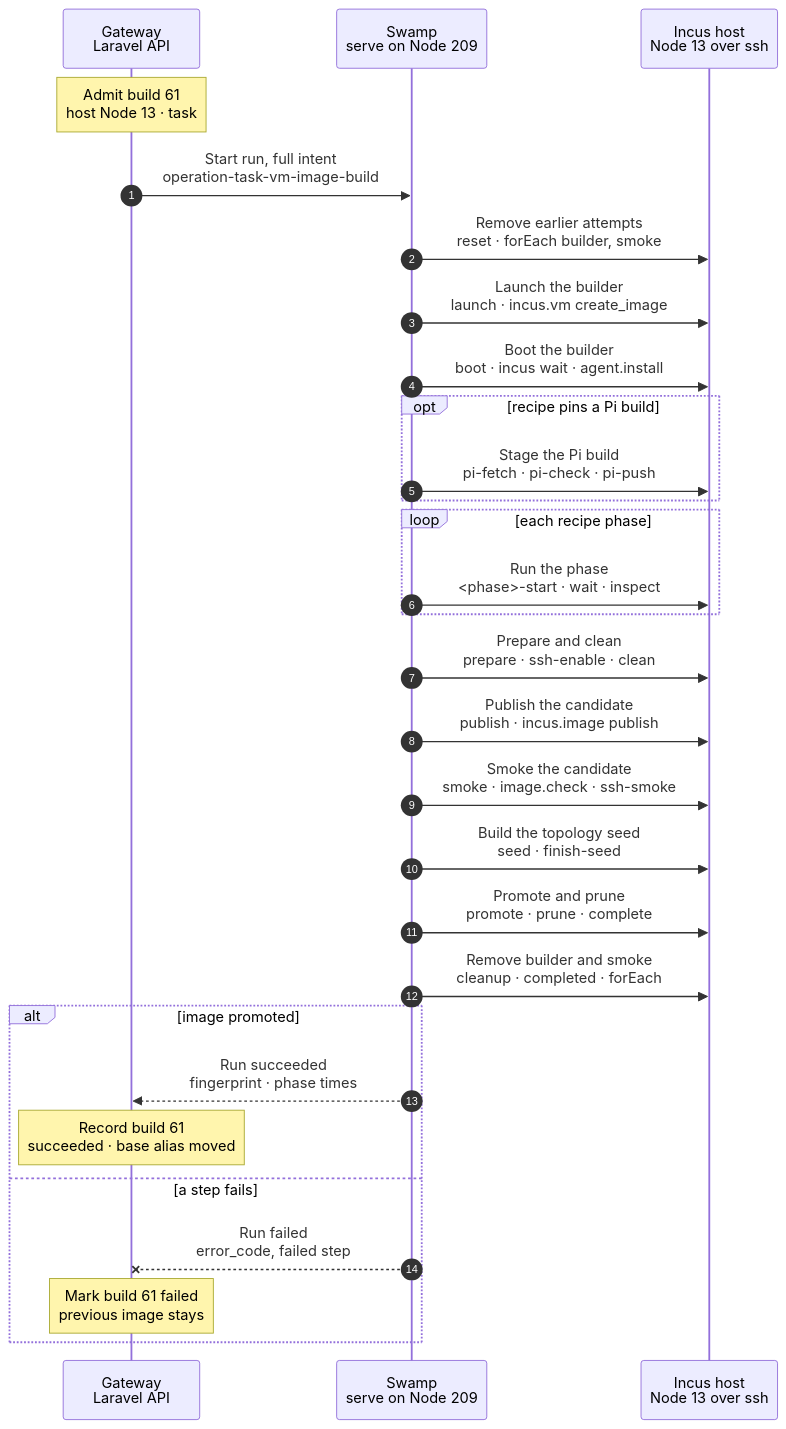
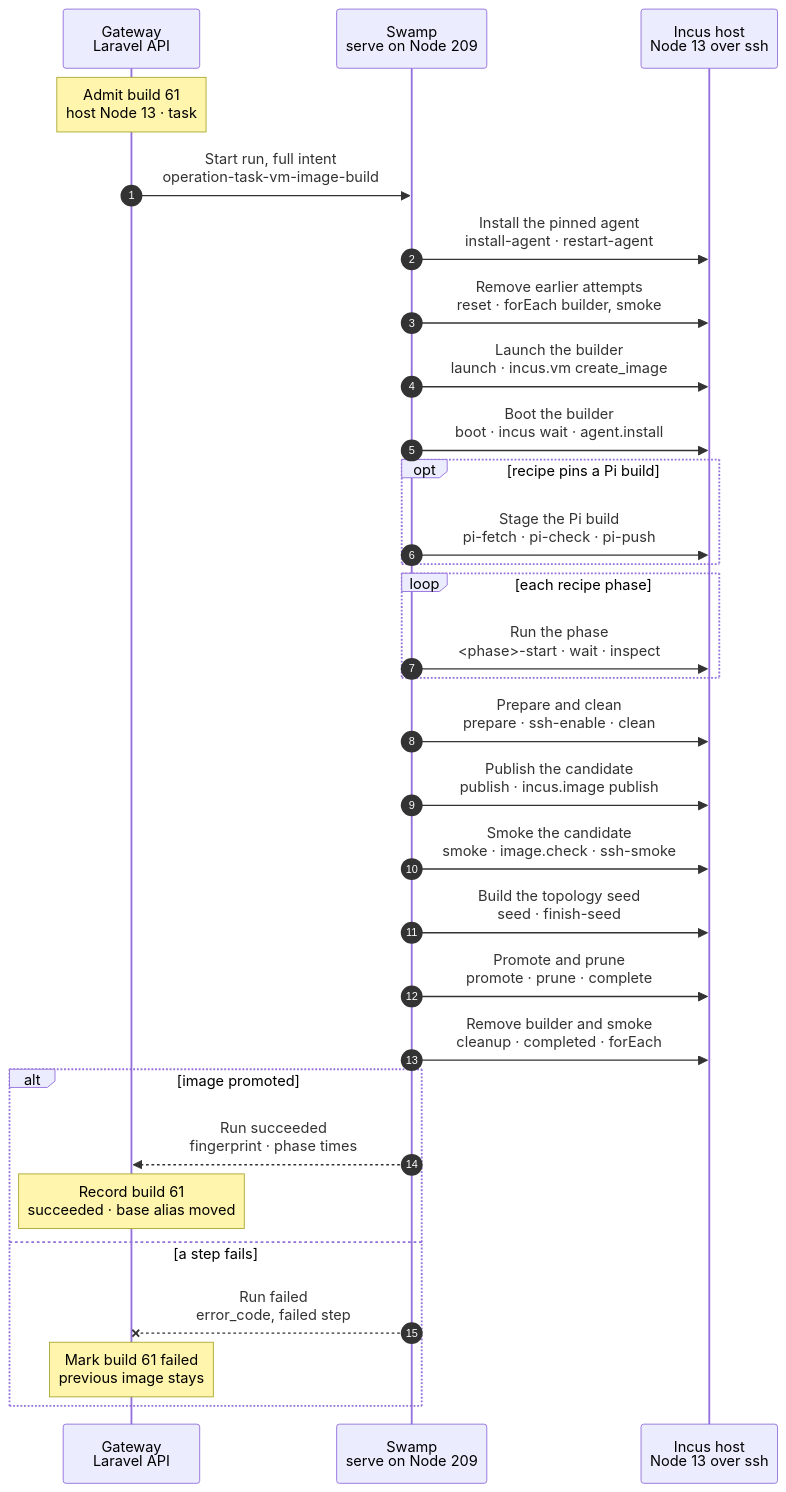
Before and after one commit to hardimpactdev/orbit: the diagram in docs/cli/tasks/vm-image-build.mmd, drawn with Mermaid. The commit also changed 7 other files, not shown here.

First line of the commit message:
fix(task-vms): image builds install the release-pinned agent on the build host first

```diff
--- a/docs/cli/tasks/vm-image-build.mmd
+++ b/docs/cli/tasks/vm-image-build.mmd
@@ -1,117 +1,123 @@
 sequenceDiagram
   %% Target design: swamp/workflows/workflow-operation-task-vm-image-build.yaml, docs/reference/compute-drivers.md#build-the-base-image and #the-topology-seed, docs/cli/README.md design rules R2-R4.
   %% Kept: rule 14 and 16 do not apply: `orbit-agent command` exits 0 and prints `{ok:false}` on a refusal (apps/agent/src/command/mod.rs), so each agent call keeps a typed reply check; `image.start-phase` returns no main PID (Observation in apps/agent/src/commands/image_recipe/lifecycle.rs), so the PID is one `systemctl show` read.
   %% Tightened: flow-tighten 2026-11-02, rules 15 (no `plan` step), 6 (boot, prepare, smoke merges), 8 (owner check before the phases), 18 (reset and cleanup as one forEach; Pi staging beside boot), 19 (cleanup on completed), 22 (each Node action one `@swamp/ssh exec` argv).
   %% status: draft
   %% command: none · recipe image build for an Incus host
   %% kind: task_vm.image_build
   autonumber
   %% lane GW icon=gateway pill=intent tone=blue
   %% lane SW icon=workflow pill=executes tone=green
   %% lane H icon=server pill=target tone=amber
   participant GW as Gateway<br/>Laravel API
   participant SW as Swamp<br/>serve on Node 209
   participant H as Incus host<br/>Node 13 over ssh
   Note over GW: Admit build 61<br/>host Node 13 · task #5182
   %%> Started by:
   %%> - `php artisan task-vms:build-recipe` (also `--retry`, `--rebuild`), `task-vms:build-image 13`, the release handoff, or the per-minute recipe reconcile
   %%> Requirements:
   %%> - Node 13 is an active task VM host in `settings.task_vms`, and its recipe is the desired one
   %%> - the agent pin matches the Gateway delivery, else the build refuses before any step
   %%> Result:
   %%> - build 61 recorded as running; the full intent holds the recipe document, identity, project, pool, builder and smoke names, SSH target with host keys, and every agent envelope
   GW->>SW: Start run, full intent<br/>operation-task-vm-image-build
   %%> Inputs:
   %%> - `operation_id`, `node_id` 13, `kind`, and the full public `intent`; there is no secret, so `execution_secrets` is empty
   %%> Why:
   %%> - the Gateway computes each agent envelope `{agent_sha256, deadline_ms, input}` at admission, so no `plan` step re-reads the intent (rule 15)
   %%> Budget:
   %%> - 2,400 seconds; `queueTimeout` 30 seconds
+  SW->>H: Install the pinned agent<br/>install-agent · restart-agent
+  %%> What it does:
+  %%> - `@swamp/cfgmgmt/fetch` downloads the release's agent build from `intent.agent_url` to `/usr/local/bin/orbit-agent`, root-owned, mode 0755, and checks `sha256:<agent_sha256>`
+  %%> - one `@swamp/ssh exec` argv `systemctl try-restart orbit-agent.service` restarts the observer when it runs
+  %%> Why:
+  %%> - every later agent call carries the release pin; without this step a pin move fails each call with `agent.version_mismatch`
   SW->>H: Remove earlier attempts<br/>reset · forEach builder, smoke
   %%> What it does:
   %%> - one `forEach` over `tvm-image-61` and `tvm-image-61-smoke`; each item runs `sudo -n -- orbit-agent command incus.vm` with `remove_instance`
   %%> - an absent VM counts as removed, so a fresh build passes at once
   %%> Why:
   %%> - a resumed or retried attempt may find its own VMs from before
   SW->>H: Launch the builder<br/>launch · incus.vm create_image
   %%> What it does:
   %%> - `incus.vm` `create_image` from the stock source image, with the account key, resource limits and builder account mode
   %%> - the agent renders cloud-init, attaches the configuration disk and removes the NoCloud seed templates before the first start
   SW->>H: Boot the builder<br/>boot · incus wait · agent.install
   %%> How:
   %%> - `incus wait tvm-image-61 agent --timeout 600`, then `cloud-init status --wait` in the guest
   %%> - `incus file push --mode 0700` of the host's pinned agent; the guest's `agent.install` checks it against the pin
   %%> - `guest.cloud-init` reports readiness, `image.inspect-phase` records the boot id, `image.owner` checks UID and GID 1000
   %%> Why:
   %%> - the owner check moves here from after the phases, so a taken UID fails before any package installs (rule 8)
   %%> On failure:
   %%> - a failed agent wait is `task_vm.bootstrap_timeout`, another boot step `task_vm.bootstrap_failed`
   opt recipe pins a Pi build
     SW->>H: Stage the Pi build<br/>pi-fetch · pi-check · pi-push
     %%> How:
     %%> - `@swamp/ssh copy` of the pinned binary from the Gateway Node to 209, `sha256sum -c` against its pin, copy to Node 13, then `incus file push --mode 0600` to `/var/cache/orbit/pi/<sha256>.bin`
     %%> - fetch and check run beside the builder boot; only the push waits for it (rule 18)
     %%> When:
     %%> - skipped by `guard` when the recipe has no Pi build
   end
   loop each recipe phase
     SW->>H: Run the phase<br/><phase>-start · wait · inspect
     %%> Phases:
     %%> - `apt-source`, `packages`, `javascript`, `rust`, `agent`, `pi`, in this order
     %%> How:
     %%> - `image.start-phase` starts or observes the guest's bounded systemd service; one `systemctl show --property=MainPID` read gives its main PID
     %%> - `timeout 1500 tail --pid=PID -f /dev/null` waits; a `guard` skips it when the phase already ended
     %%> - `image.inspect-phase` must report `complete` for the same boot id
     %%> Reply checks:
     %%> - the agent exits 0 and prints `{ok:false}` on a refusal, so a typed reply step on 209 fails with the agent's own error code
   end
   SW->>H: Prepare and clean<br/>prepare · ssh-enable · clean
   %%> What it does:
   %%> - `image.recipe-marker`, `image.boot`, `systemctl enable ssh.service`, the Orbit root CA in the trust store, then `image.clean`
   %%> - `image.clean` removes machine, SSH, Incus and service identities and refuses an enrolled guest
   %%> Why:
   %%> - one action that readies the guest for publication; the separate metadata and marker steps merge (rule 6)
   SW->>H: Publish the candidate<br/>publish · incus.image publish
   %%> What it does:
   %%> - `incus.image` stops and publishes the builder, then promotes the immutable candidate alias
   %%> Returns:
   %%> - the published fingerprint; 209 decodes it in TypeScript into the seed and promote envelopes
   SW->>H: Smoke the candidate<br/>smoke · image.check · ssh-smoke
   %%> How:
   %%> - removes the builder, launches `tvm-image-61-smoke` from the candidate, boots it as in step 4
   %%> - `image.verify` checks the recipe software, `image.check` the account, key and lean boot, and `systemctl is-active ssh.service`
   %%> Result:
   %%> - a failed smoke check stops the build before promotion
   SW->>H: Build the topology seed<br/>seed · finish-seed
   %%> How:
   %%> - `incus.build-topology-seed` builds `orbit-topology-seed-<12 hex>-new` inside the smoke VM
   %%> - deletes the smoke VM, then `incus.volume` renames the seed to its final name
   %%> When:
   %%> - a finished seed already present builds nothing
   SW->>H: Promote and prune<br/>promote · prune · complete
   %%> What it does:
   %%> - `incus.image` moves the host's base alias to the candidate, then prunes old recipe images and their seeds
   %%> End check:
   %%> - the native `assert` step `complete` checks the 64-hex fingerprint and the prune reply; this is the one end check (rule 9)
   SW->>H: Remove builder and smoke<br/>cleanup · completed · forEach
   %%> What it does:
   %%> - one `forEach` runs `incus.vm` `remove_instance` for the builder and the smoke VM, then removes the staged Pi copies on 209 and Node 13
   %%> When:
   %%> - always, with the condition `completed`: after success, failure or a cancel request (rule 19)
   %%> On failure:
   %%> - `task_vm.image_cleanup_failed`
   alt image promoted
     SW-->>GW: Run succeeded<br/>fingerprint · phase times
     %%> Returns:
     %%> - step statuses, the published fingerprint, and each phase's start and end
     Note over GW: Record build 61<br/>succeeded · base alias moved
     %%> Result:
     %%> - the build row stores the image location; new task VMs on Node 13 claim it
   else a step fails
     SW--xGW: Run failed<br/>error_code, failed step
     %%> Result:
     %%> - a refused agent reply keeps its own code; other steps map to `task_vm.image_build_failed`
     Note over GW: Mark build 61 failed<br/>previous image stays
     %%> Result:
     %%> - the promoted image stays in service; `task-vms:build-recipe --retry` starts a fresh stock attempt
   end
```
